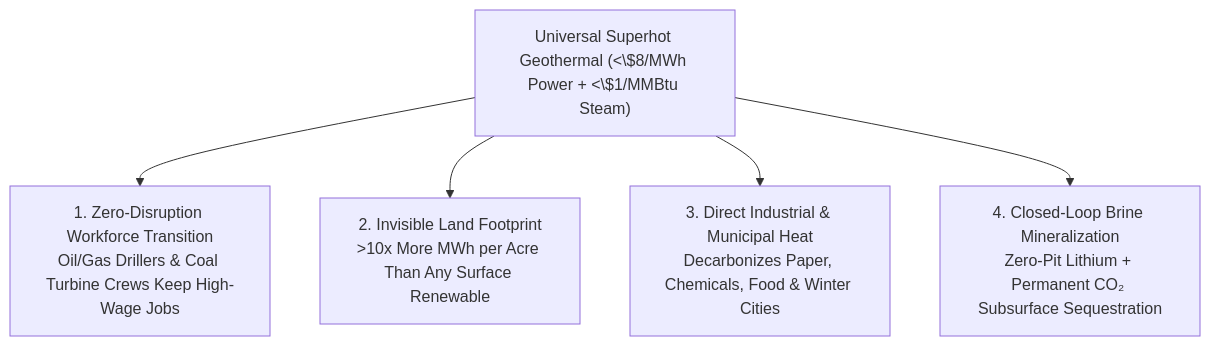
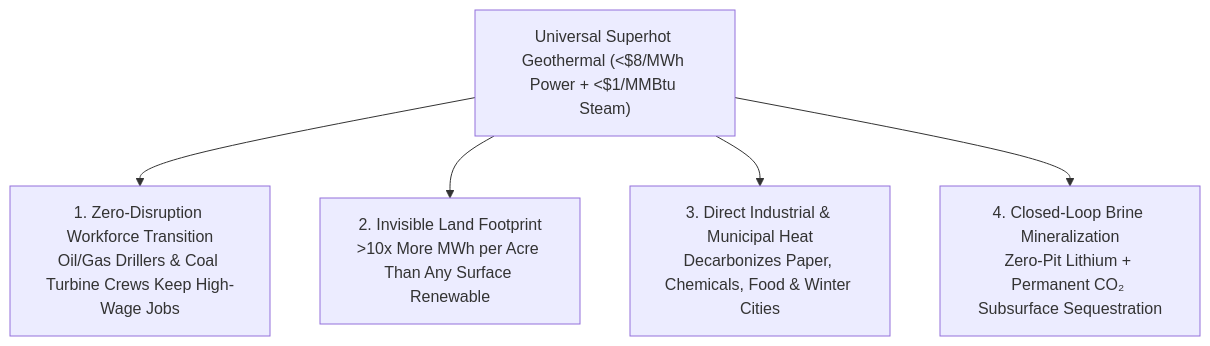
One commit to d-10-g/OneOfMany changed the second of 2 diagrams in vision-01-abundant-energy/01-geothermal/REPORT.md. Above: the diagram before and after it, drawn with Mermaid. The commit also changed other lines of this file and 23 other files, not shown here.

Commit message:
Fix Mermaid multi-subgraph blank-line parsing and KaTeX dollar escaping across all 85 pathways

````diff
--- a/vision-01-abundant-energy/01-geothermal/REPORT.md
+++ b/vision-01-abundant-energy/01-geothermal/REPORT.md
@@ -112,8 +112,8 @@
 ```mermaid
 flowchart TD
-    Root["Universal Superhot Geothermal (<\$8/MWh Power + <\$1/MMBtu Steam)"]
+    Root["Universal Superhot Geothermal (<$8/MWh Power + <$1/MMBtu Steam)"]
     Root --> T1["1. Zero-Disruption Workforce Transition<br>Oil/Gas Drillers & Coal Turbine Crews Keep High-Wage Jobs"]
     Root --> T2["2. Invisible Land Footprint<br>>10x More MWh per Acre Than Any Surface Renewable"]
     Root --> T3["3. Direct Industrial & Municipal Heat<br>Decarbonizes Paper, Chemicals, Food & Winter Cities"]
     Root --> T4["4. Closed-Loop Brine Mineralization<br>Zero-Pit Lithium + Permanent CO₂ Subsurface Sequestration"]
 ```
````
